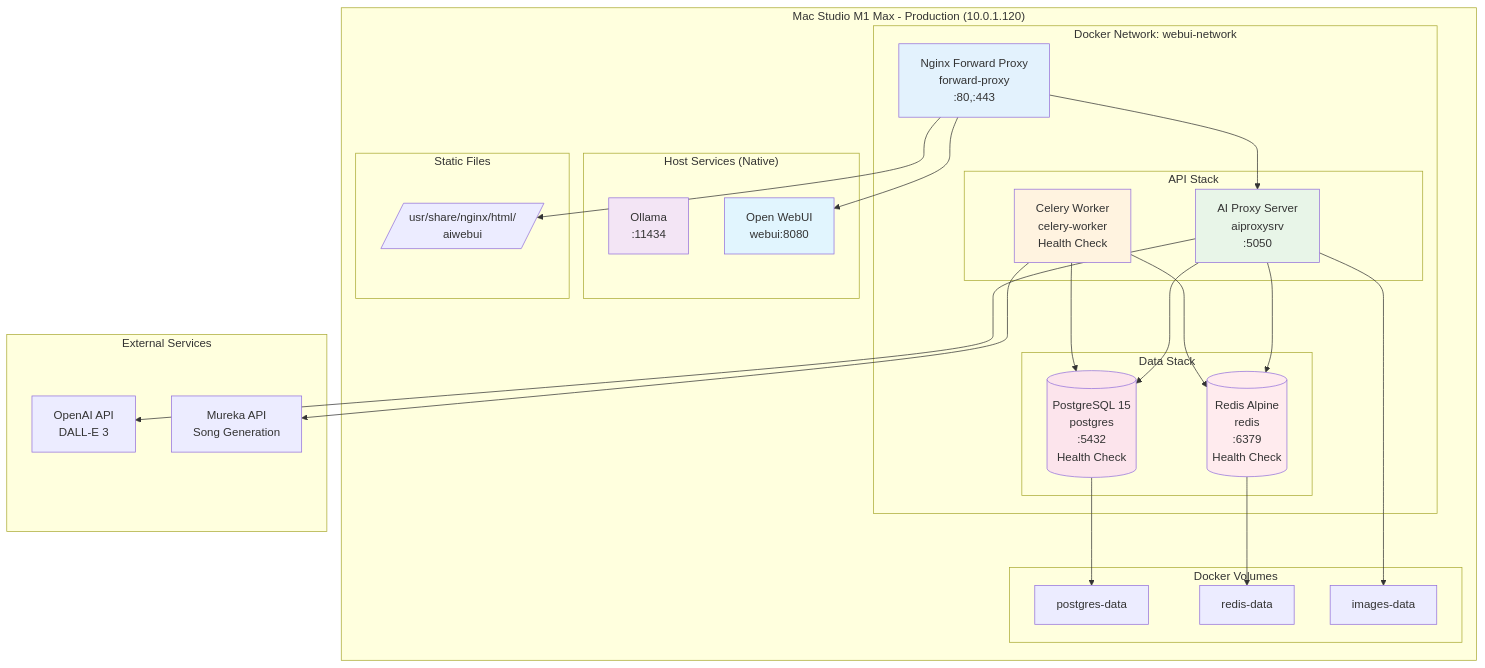
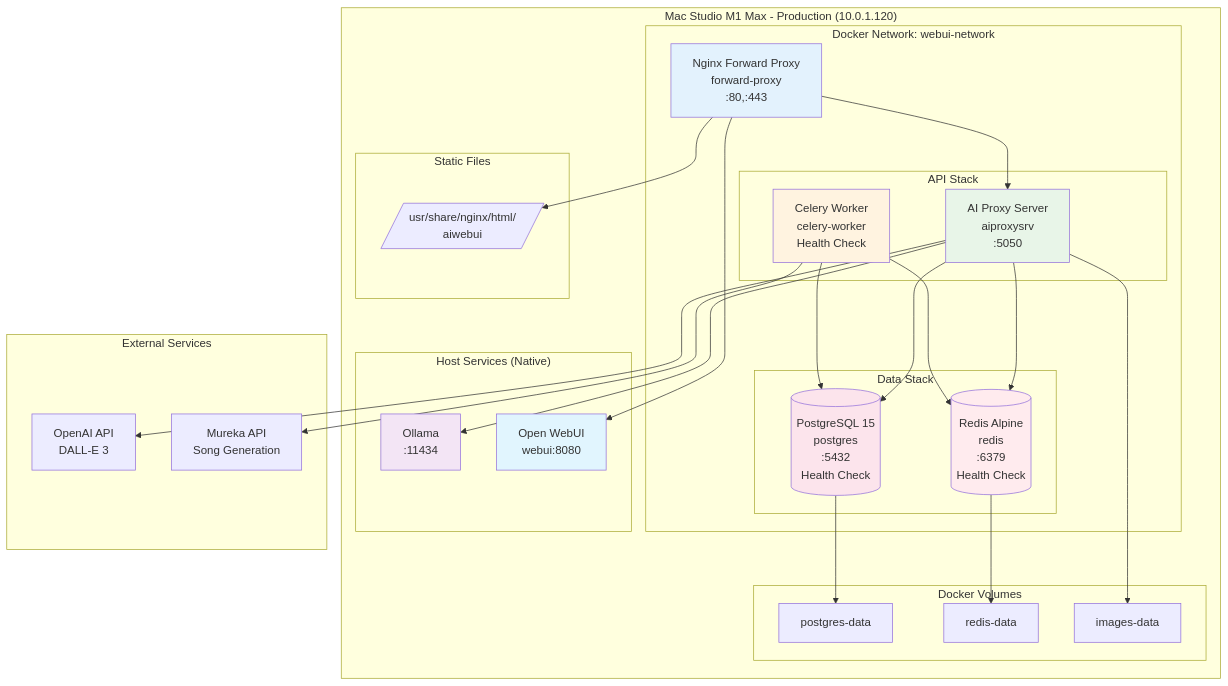
The diagram in docs/9.2_produktions_deployment.mmd (rwellinger/thwelly_ai_tools), drawn with Mermaid before and after one commit. The commit also changed 13 other files, not shown here.

```diff
--- a/docs/9.2_produktions_deployment.mmd
+++ b/docs/9.2_produktions_deployment.mmd
@@ -1,60 +1,61 @@
 graph TB
     subgraph "Mac Studio M1 Max - Production (10.0.1.120)"
         subgraph "Docker Network: webui-network"
             NGINX[Nginx Forward Proxy<br/>forward-proxy<br/>:80,:443]
 
             subgraph "API Stack"
                 API_CONTAINER[AI Proxy Server<br/>aiproxysrv<br/>:5050]
                 WORKER_CONTAINER[Celery Worker<br/>celery-worker<br/>Health Check]
             end
 
             subgraph "Data Stack"
                 PROD_PG[(PostgreSQL 15<br/>postgres<br/>:5432<br/>Health Check)]
                 PROD_REDIS[(Redis Alpine<br/>redis<br/>:6379<br/>Health Check)]
             end
         end
 
         subgraph "Host Services (Native)"
             OLLAMA_HOST[Ollama<br/>:11434]
             WEBUI_HOST[Open WebUI<br/>webui:8080]
         end
 
         subgraph "Docker Volumes"
             PG_VOL[postgres-data]
             REDIS_VOL[redis-data]
             IMG_VOL[images-data]
         end
 
         subgraph "Static Files"
             STATIC[/usr/share/nginx/html/<br/>aiwebui/]
         end
     end
 
     subgraph "External Services"
         OPENAI_EXT[OpenAI API<br/>DALL-E 3]
         MUREKA_EXT[Mureka API<br/>Song Generation]
     end
 
     NGINX --> API_CONTAINER
     NGINX --> WEBUI_HOST
     NGINX --> STATIC
 
     API_CONTAINER --> PROD_PG
     API_CONTAINER --> PROD_REDIS
     API_CONTAINER --> OPENAI_EXT
+    API_CONTAINER --> OLLAMA_HOST
 
     WORKER_CONTAINER --> PROD_REDIS
     WORKER_CONTAINER --> PROD_PG
     WORKER_CONTAINER --> MUREKA_EXT
 
     PROD_PG --> PG_VOL
     PROD_REDIS --> REDIS_VOL
     API_CONTAINER --> IMG_VOL
 
     style NGINX fill:#e3f2fd
     style API_CONTAINER fill:#e8f5e8
     style WORKER_CONTAINER fill:#fff3e0
     style PROD_PG fill:#fce4ec
     style PROD_REDIS fill:#ffebee
     style OLLAMA_HOST fill:#f3e5f5
     style WEBUI_HOST fill:#e1f5fe
```
